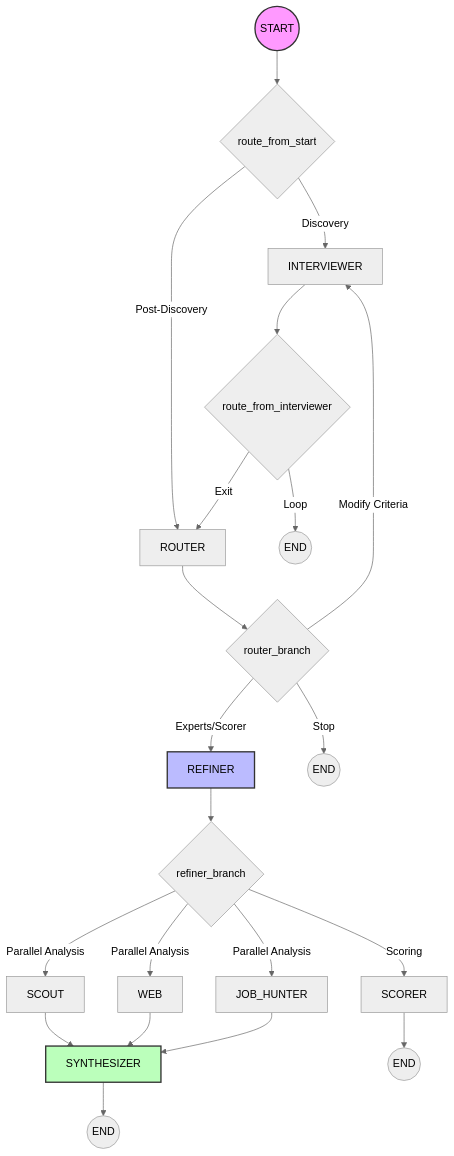
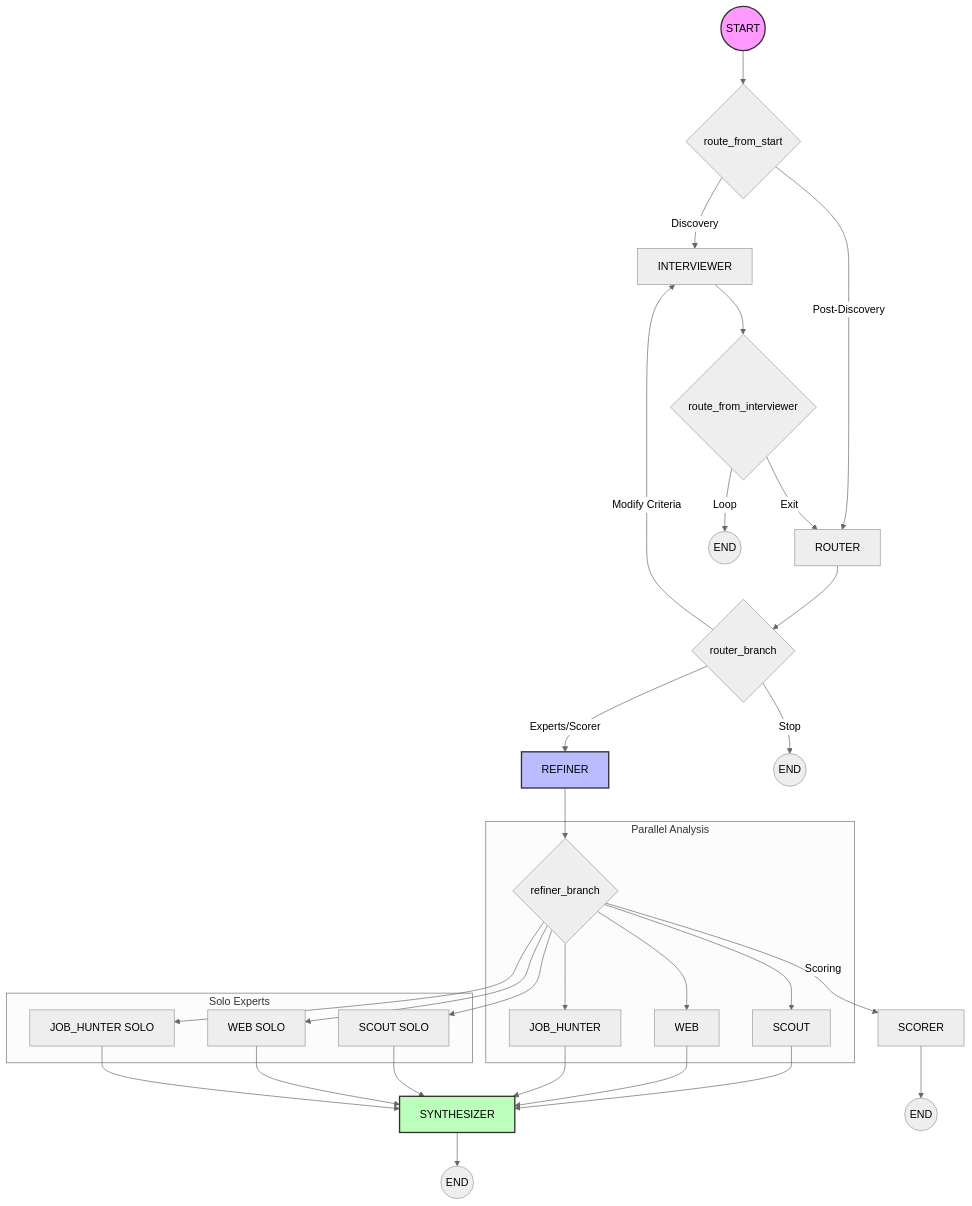
One commit to jbesan/13_odis_stream2 changed the diagram in app/agents/README.md. Above: the diagram before and after it, drawn with Mermaid (neutral theme). The commit also changed other lines of this file and 10 other files, not shown here.

Commit message:
Major fixes to better handle async event loops along with graph improvements to better handle specific asks

````diff
--- a/app/agents/README.md
+++ b/app/agents/README.md
@@ -49,32 +47,45 @@
 ```mermaid
 graph TD
     START((START)) --> RS{route_from_start}
     RS -->|Discovery| Interviewer[INTERVIEWER]
     RS -->|Post-Discovery| Router[ROUTER]
 
     Interviewer --> RI{route_from_interviewer}
     RI -->|Loop| END1((END))
     RI -->|Exit| Router
 
     Router --> RB{router_branch}
     RB -->|Experts/Scorer| Refiner[REFINER]
     RB -->|Modify Criteria| Interviewer
     RB -->|Stop| END2((END))
 
     Refiner --> RFB{refiner_branch}
     RFB -->|Scoring| Scorer[SCORER]
-    RFB -->|Parallel Analysis| Scout[SCOUT]
-    RFB -->|Parallel Analysis| Web[WEB]
-    RFB -->|Parallel Analysis| JobHunter[JOB_HUNTER]
+
+    subgraph Parallel Analysis
+        RFB --> Scout[SCOUT]
+        RFB --> Web[WEB]
+        RFB --> JobHunter[JOB_HUNTER]
+    end
+
+    subgraph Solo Experts
+        RFB --> ScoutSolo[SCOUT SOLO]
+        RFB --> WebSolo[WEB SOLO]
+        RFB --> JobHunterSolo[JOB_HUNTER SOLO]
+    end
 
     Scout --> Synth[SYNTHESIZER]
     Web --> Synth
     JobHunter --> Synth
+
+    ScoutSolo --> Synth
+    WebSolo --> Synth
+    JobHunterSolo --> Synth
 
     Synth --> END3((END))
     Scorer --> END4((END))
 
     style START fill:#f9f,stroke:#333,stroke-width:2px
     style Refiner fill:#bbf,stroke:#333,stroke-width:2px
     style Synth fill:#bfb,stroke:#333,stroke-width:2px
 ```
````
